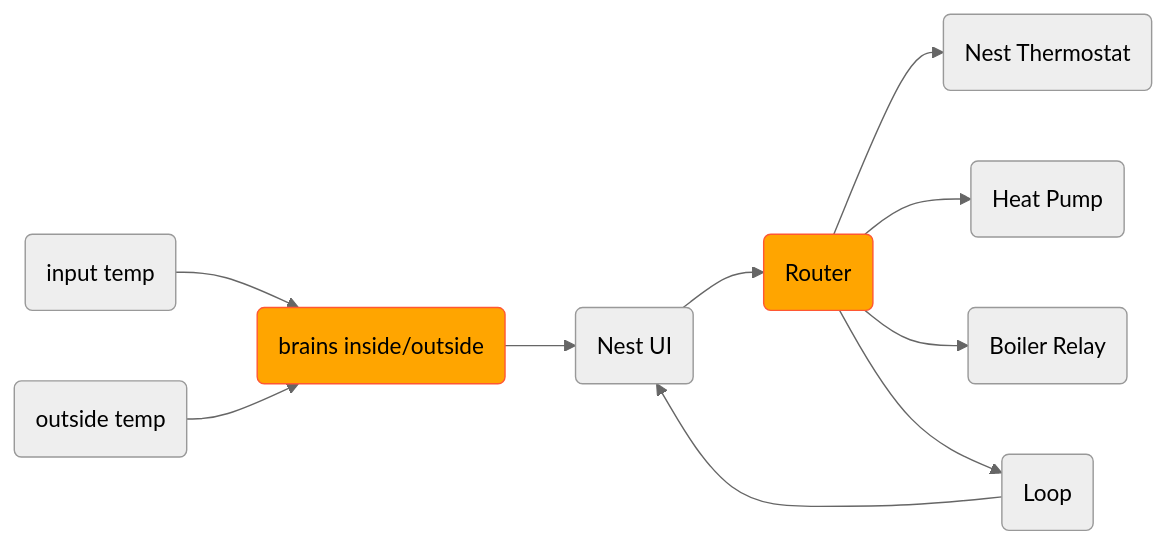
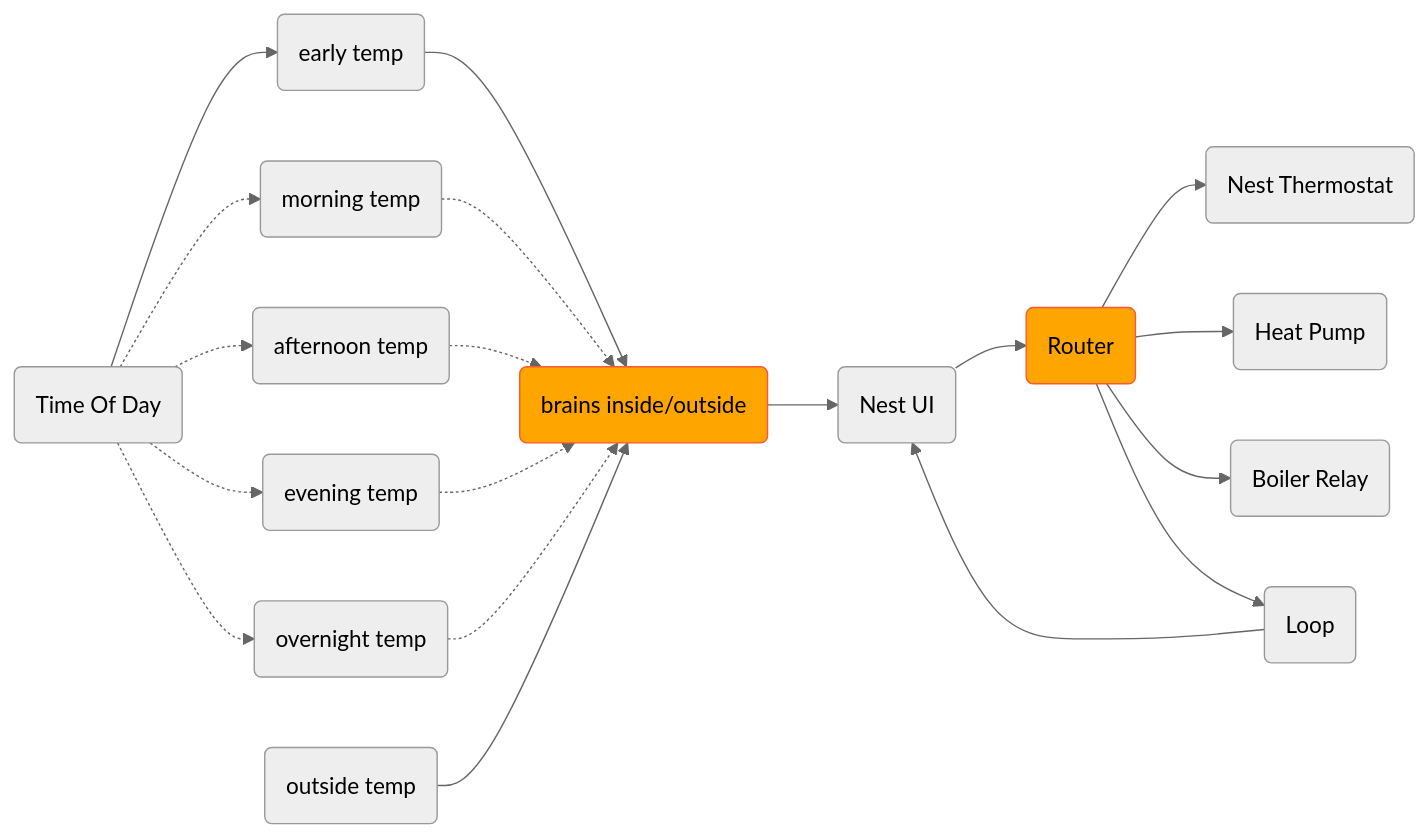
One commit to MadJalapeno/Node-RED-HVAC changed the diagram in README.md. Above: the diagram before and after it, drawn with Mermaid (neutral theme). The commit also changed other lines of this file, not shown here.

````diff
--- a/README.md
+++ b/README.md
@@ -66,18 +66,24 @@
 ```mermaid
 ---
 Title
 ---
 flowchart LR
-  id1(input temp) --> brains
+  tod(Time Of Day) --> t1
+  tod -.-> t2 & t3 & t4 & t5
+  t1(early temp) --> brains
+  t2(morning temp) -.-> brains
+  t3(afternoon temp) -.-> brains
+  t4(evening temp) -.-> brains
+  t5(overnight temp) -.-> brains
   id2(outside temp) --> brains
   brains(brains inside/outside) --> UI
   UI(Nest UI) --> Router
   Router(Router) --> c1 & c2 & c3 & c4
   c1(Nest Thermostat)
   c2(Heat Pump)
   c3(Boiler Relay)
   c4(Loop) --> UI
 
   style brains fill:#ffa500,stroke:#FF5733
   style Router fill:#ffa500,stroke:#FF5733
 ```
````
